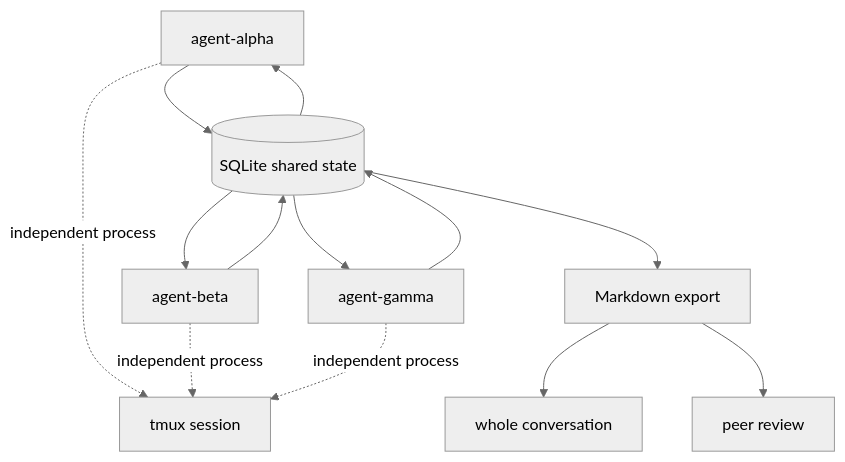
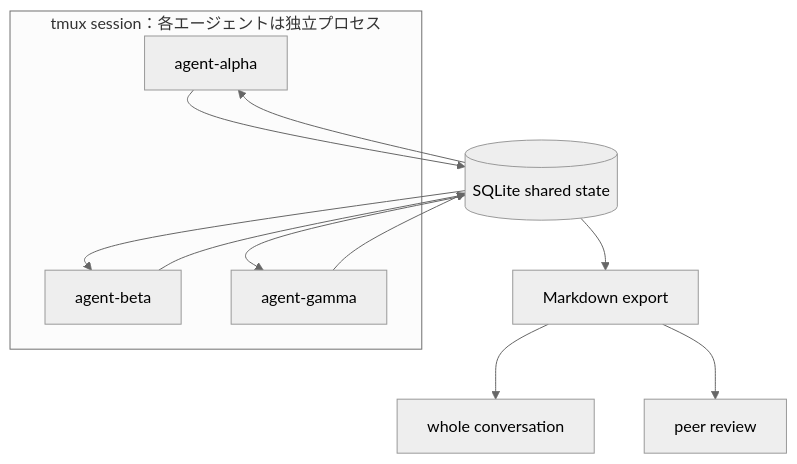
The diagram in src/content/docs/research/decentralized-multi-agent/index.md (kotowari-modoki/experimental-commons), drawn with Mermaid (neutral theme) before and after one commit. The commit also changed 6 other files, not shown here.

````diff
--- a/src/content/docs/research/decentralized-multi-agent/index.md
+++ b/src/content/docs/research/decentralized-multi-agent/index.md
@@ -76,15 +76,17 @@
 ```mermaid
 flowchart TD
-    A[agent-alpha] --> DB[(SQLite shared state)]
-    B[agent-beta] --> DB
-    C[agent-gamma] --> DB
+    subgraph T["tmux session：各エージェントは独立プロセス"]
+        A[agent-alpha]
+        B[agent-beta]
+        C[agent-gamma]
+    end
+    A --> DB[(SQLite shared state)]
+    B --> DB
+    C --> DB
     DB --> A
     DB --> B
     DB --> C
     DB --> E[Markdown export]
     E --> F[whole conversation]
     E --> G[peer review]
-    A -. independent process .-> T[tmux session]
-    B -. independent process .-> T
-    C -. independent process .-> T
 ```
````
